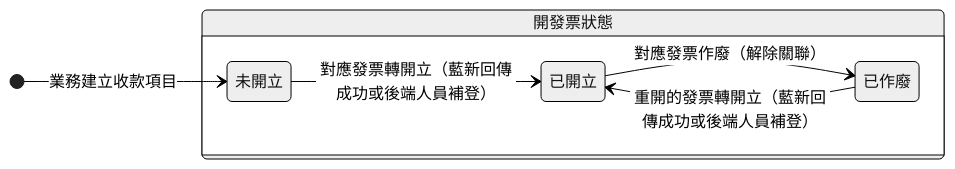
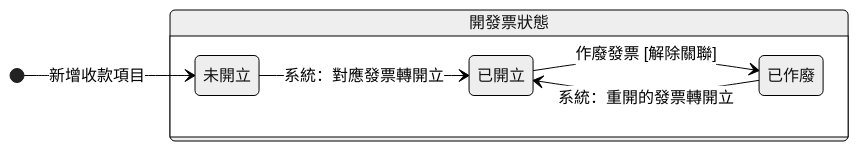
The diagram in memory/Sens_wiki/wiki/erp/06-state-machines/收款項目開發票狀態.md (Kawato-Miles/erp-spec), drawn with Mermaid (neutral theme) before and after one commit. The commit also changed other lines of this file and 37 other files, not shown here.

````diff
--- a/memory/Sens_wiki/wiki/erp/06-state-machines/收款項目開發票狀態.md
+++ b/memory/Sens_wiki/wiki/erp/06-state-machines/收款項目開發票狀態.md
@@ -40,17 +42,17 @@
 ```mermaid
 stateDiagram-v2
     direction LR
 
-    [*] --> i_none : 業務建立收款項目
+    [*] --> i_none : 新增收款項目
 
     state "開發票狀態" as g_invoice {
         direction LR
         state "未開立" as i_none
         state "已開立" as i_issued
         state "已作廢" as i_void
 
-        i_none --> i_issued : 對應發票轉開立（藍新回傳成功或後端人員補登）
-        i_issued --> i_void : 對應發票作廢（解除關聯）
-        i_void --> i_issued : 重開的發票轉開立（藍新回傳成功或後端人員補登）
+        i_none --> i_issued : 系統：對應發票轉開立
+        i_issued --> i_void : 作廢發票 [解除關聯]
+        i_void --> i_issued : 系統：重開的發票轉開立
     }
 ```
````
